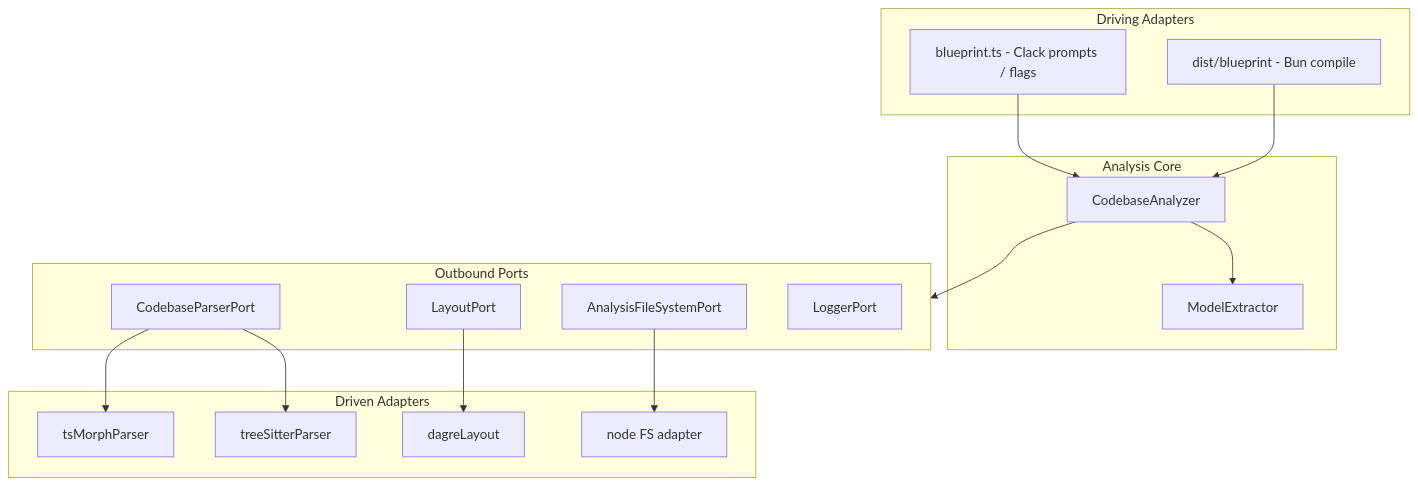
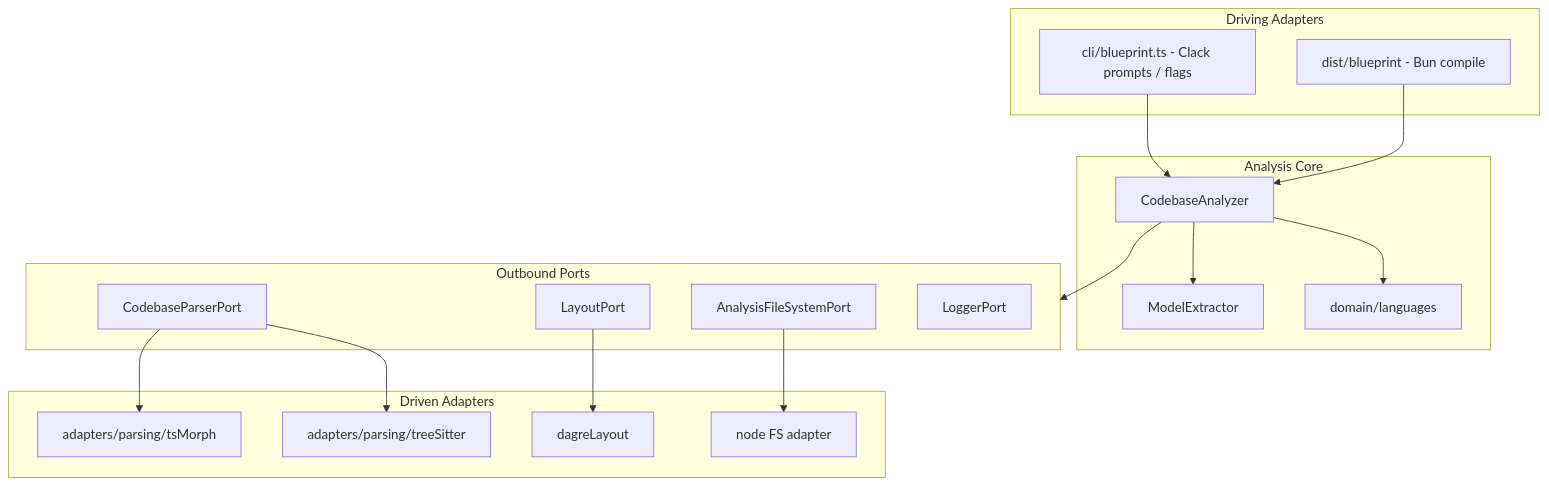
Before and after one commit to mzworthington/blueprint: the second of 2 diagrams in docs/architecture.md, drawn with Mermaid. The commit also changed other lines of this file and 303 other files, not shown here.

````diff
--- a/docs/architecture.md
+++ b/docs/architecture.md
@@ -63,35 +63,37 @@
 ```mermaid
 graph TD
     subgraph CLI_Drivers [Driving Adapters]
-        CliEntry[blueprint.ts - Clack prompts / flags]
+        CliEntry["cli/blueprint.ts - Clack prompts / flags"]
         BunBinary[dist/blueprint - Bun compile]
     end
 
     subgraph CLI_Core [Analysis Core]
         Analyzer[CodebaseAnalyzer]
         Extractor[ModelExtractor]
+        Languages[domain/languages]
     end
 
     subgraph CLI_Ports [Outbound Ports]
         ParserPort[CodebaseParserPort]
         LayoutPort[LayoutPort]
         CliFsPort[AnalysisFileSystemPort]
         CliLogPort[LoggerPort]
     end
 
     subgraph CLI_Adapters [Driven Adapters]
-        TsMorph[tsMorphParser]
-        TreeSitter[treeSitterParser]
+        TsMorph[adapters/parsing/tsMorph]
+        TreeSitter[adapters/parsing/treeSitter]
         Dagre[dagreLayout]
         Fs[node FS adapter]
     end
 
     CliEntry --> Analyzer
     BunBinary --> Analyzer
     Analyzer --> Extractor
+    Analyzer --> Languages
     Analyzer --> CLI_Ports
     ParserPort --> TsMorph
     ParserPort --> TreeSitter
     LayoutPort --> Dagre
     CliFsPort --> Fs
 ```
````
